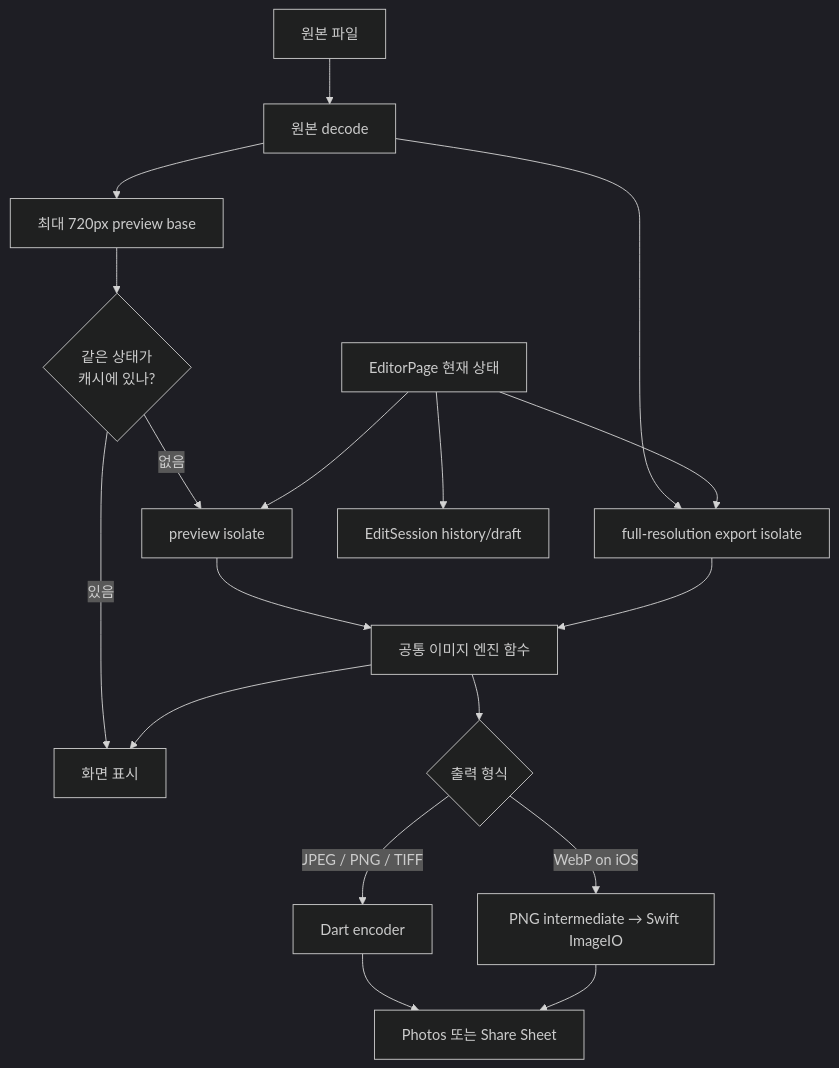
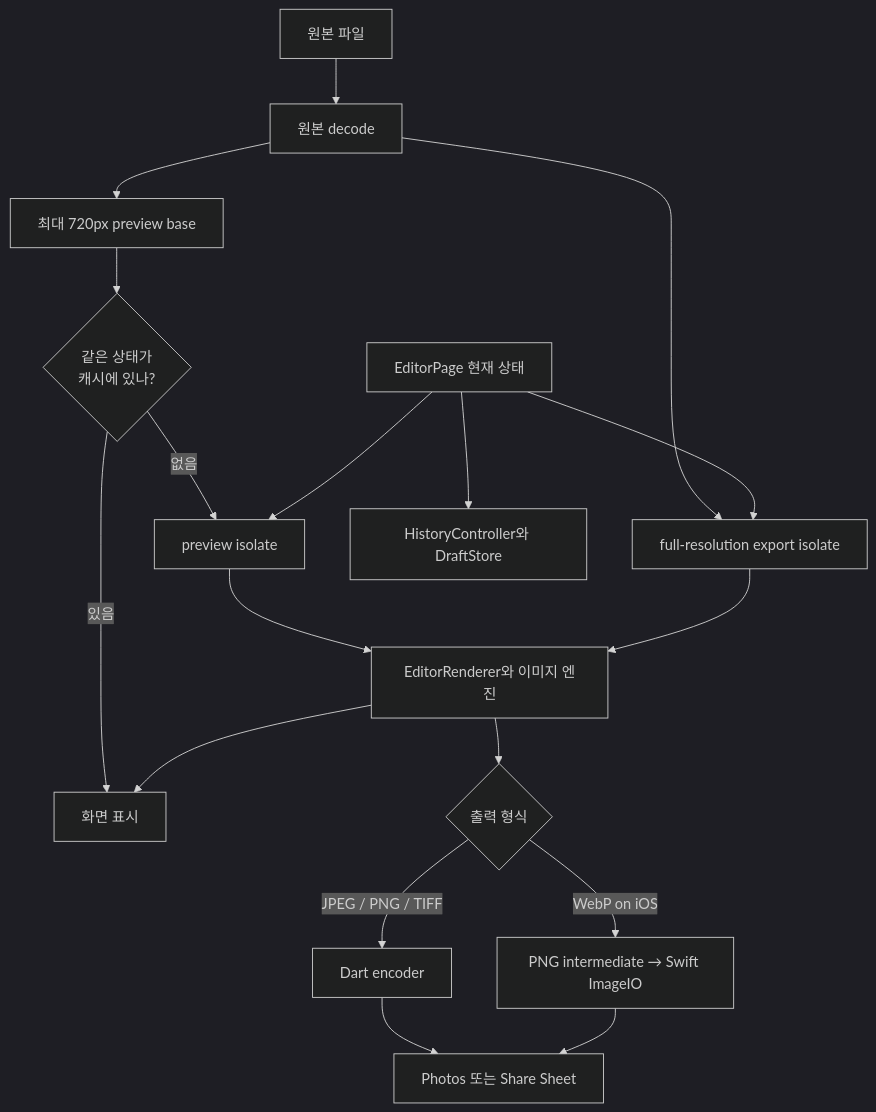
The second of 3 diagrams in README.md (cres17/memoria), drawn with Mermaid (dark theme) before and after one commit. The commit also changed other lines of this file, not shown here.

````diff
--- a/README.md
+++ b/README.md
@@ -79,22 +79,22 @@
 ```mermaid
 flowchart TD
     Source[원본 파일] --> Decode[원본 decode]
     Decode --> PreviewBase[최대 720px preview base]
     PreviewBase --> PreviewCache{같은 상태가<br/>캐시에 있나?}
     PreviewCache -->|있음| Screen[화면 표시]
     PreviewCache -->|없음| PreviewWorker[preview isolate]
-    PreviewWorker --> Pipeline[공통 이미지 엔진 함수]
+    PreviewWorker --> Pipeline[EditorRenderer와 이미지 엔진]
     Pipeline --> Screen
 
     Decode --> ExportWorker[full-resolution export isolate]
     ExportWorker --> Pipeline
     Pipeline --> Encoder{출력 형식}
     Encoder -->|JPEG / PNG / TIFF| DartEncoder[Dart encoder]
     Encoder -->|WebP on iOS| NativeBridge[PNG intermediate → Swift ImageIO]
     DartEncoder --> Destination[Photos 또는 Share Sheet]
     NativeBridge --> Destination
 
     ToolState[EditorPage 현재 상태] --> PreviewWorker
     ToolState --> ExportWorker
-    ToolState --> History[EditSession history/draft]
+    ToolState --> History[HistoryController와 DraftStore]
 ```
````
